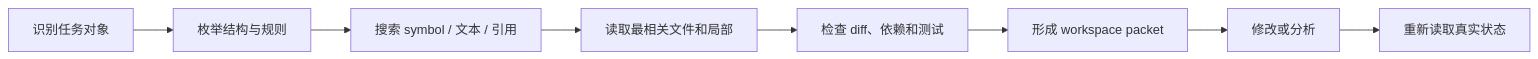
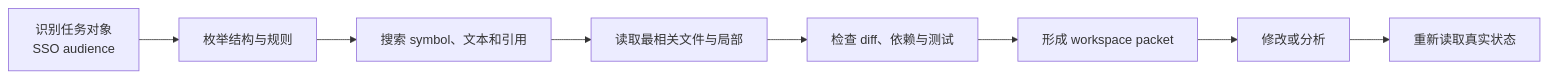
Before and after one commit to nowhere-man/agents-from-scratch: the diagram in context-engineering/15-workspace-context.md, drawn with Mermaid. The commit also changed other lines of this file and 12 other files, not shown here.

````diff
--- a/context-engineering/15-workspace-context.md
+++ b/context-engineering/15-workspace-context.md
@@ -51,10 +73,10 @@
 ```mermaid
 flowchart LR
-    A["识别任务对象"] --> B["枚举结构与规则"]
-    B --> C["搜索 symbol / 文本 / 引用"]
-    C --> D["读取最相关文件和局部"]
-    D --> E["检查 diff、依赖和测试"]
+    A["识别任务对象<br/>SSO audience"] --> B["枚举结构与规则"]
+    B --> C["搜索 symbol、文本和引用"]
+    C --> D["读取最相关文件与局部"]
+    D --> E["检查 diff、依赖与测试"]
     E --> F["形成 workspace packet"]
     F --> G["修改或分析"]
     G --> H["重新读取真实状态"]
 ```
````
